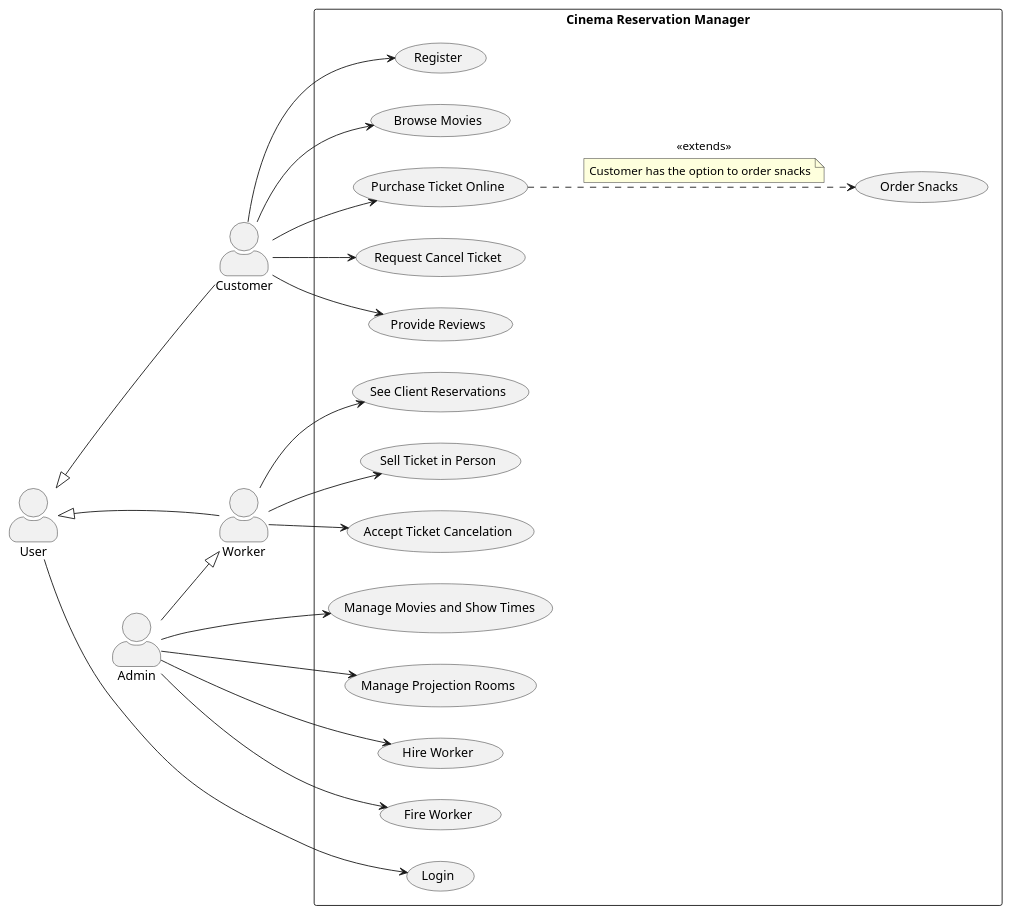
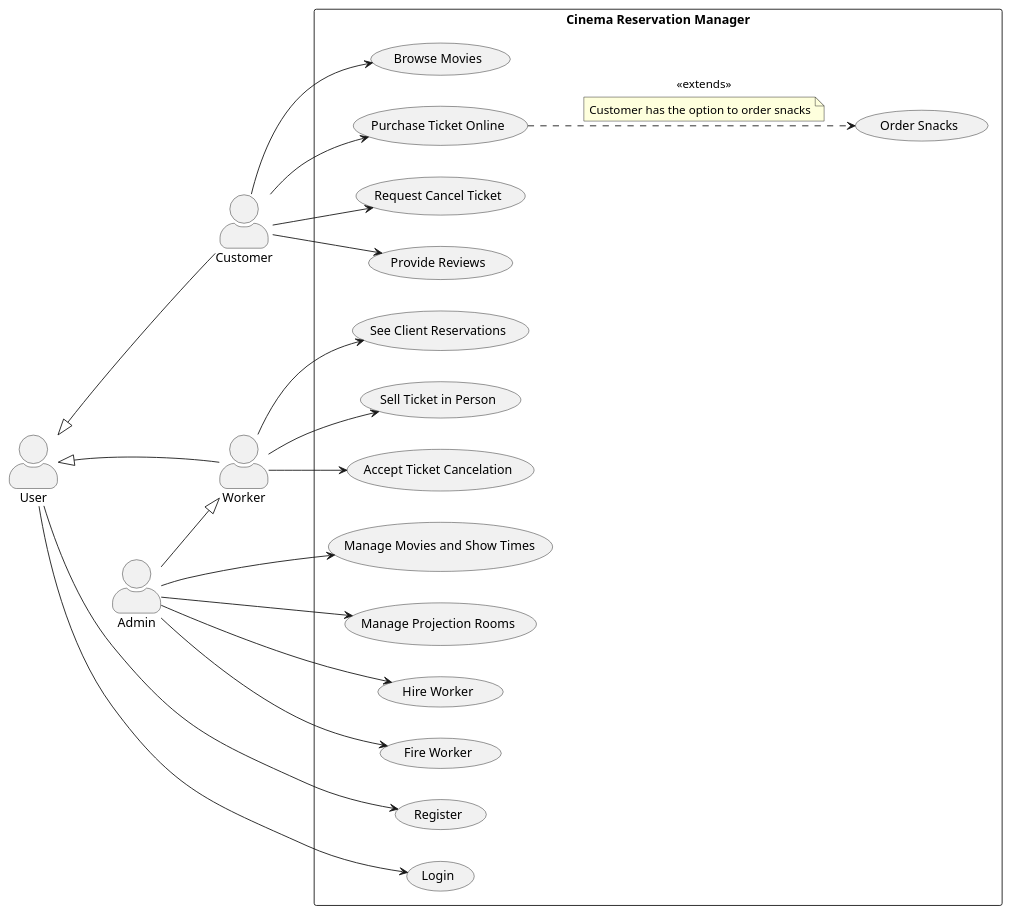
The diagram in docs/Use_Case_Diagram/UseCaseDiagram.puml (BenatErzibengoa/Cinema-app), drawn with PlantUML before and after one commit. The commit also changed 1 other file, not shown here.

Commit message:
Fix Use Case Diagram (Register is a use case of user)

```diff
--- a/docs/Use_Case_Diagram/UseCaseDiagram.puml
+++ b/docs/Use_Case_Diagram/UseCaseDiagram.puml
@@ -1,65 +1,65 @@
 @startuml
 skinparam actorStyle awesome
 left to right direction
 
 ' Define all actors
 actor User as U
 actor Customer
 actor Worker
 actor Admin
 
 ' Move "User" behind other actors
 U -[hidden]-> Customer
 U -[hidden]-> Worker
 U -[hidden]-> Admin
 
 ' Define generalizations
 Customer --|> U
 Worker --|> U
 Admin --|> Worker
 
 rectangle "Cinema Reservation Manager" {
     (Register) as UC1
     (Login) as UC2
     (Browse Movies) as UC3
     (Purchase Ticket Online) as UC4
     (Order Snacks) as UC5
     (Request Cancel Ticket) as UC6
     (Provide Reviews) as UC7
     (See Client Reservations) as UC8
     (Manage Movies and Show Times) as UC9
     (Manage Projection Rooms) as UC10
    ' (Generate Revenue Report) as UC
     (Hire Worker) as UC11
     (Fire Worker) as UC12
     (Sell Ticket in Person) as UC13
     (Accept Ticket Cancelation) as UC14
 
     ' User interactions
+    U --> UC1
     U --> UC2
 
     ' Customer interactions
-    Customer --> UC1
     Customer --> UC3
     Customer --> UC4
     Customer --> UC6
     Customer --> UC7
 
     ' Worker interactions
     Worker --> UC8
     Worker --> UC13
     Worker --> UC14
 
     ' Extend relationship for ordering snacks
     UC4 ..> UC5 : <<extends>>
     note on link
        Customer has the option to order snacks
     end note
 
     ' Admin interactions
     Admin --> UC9
     Admin --> UC10
     Admin --> UC12
     Admin --> UC11
 }
 @enduml
```
